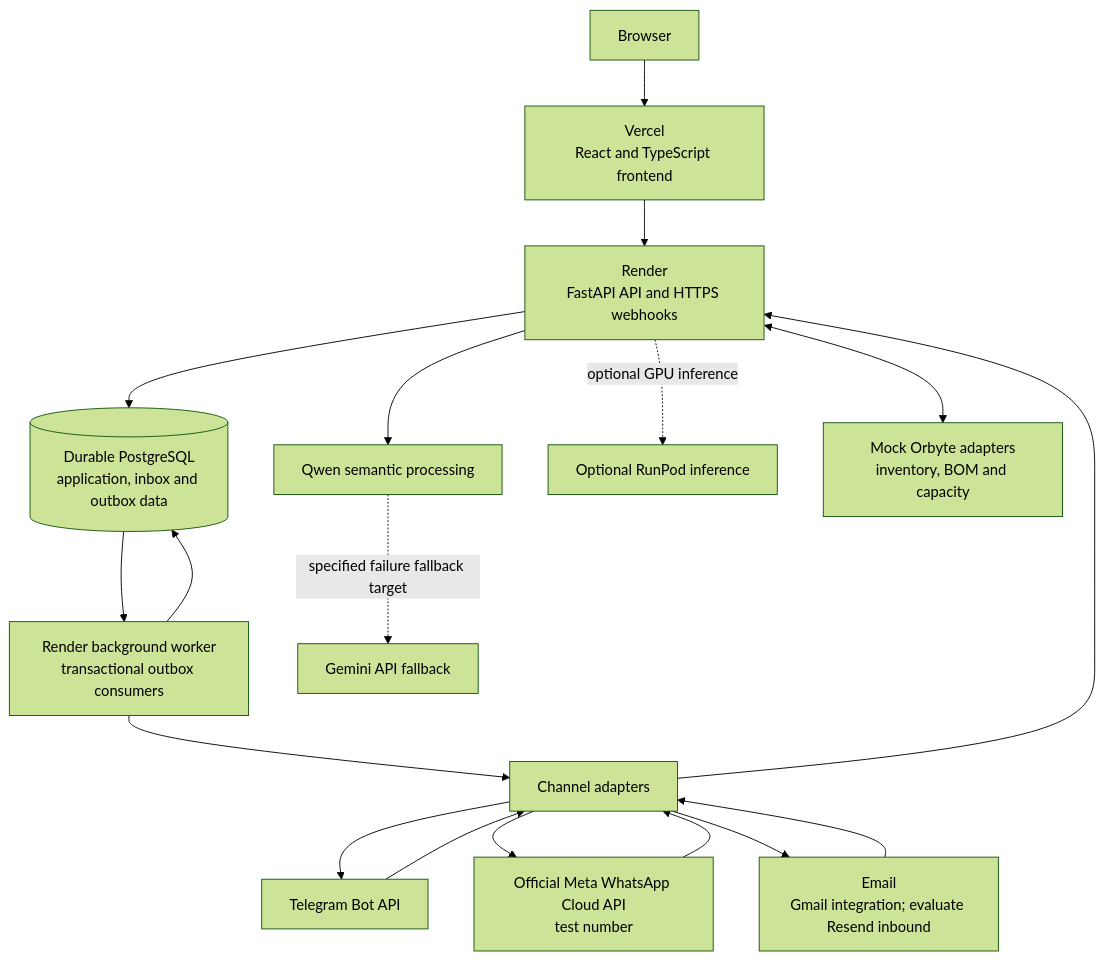
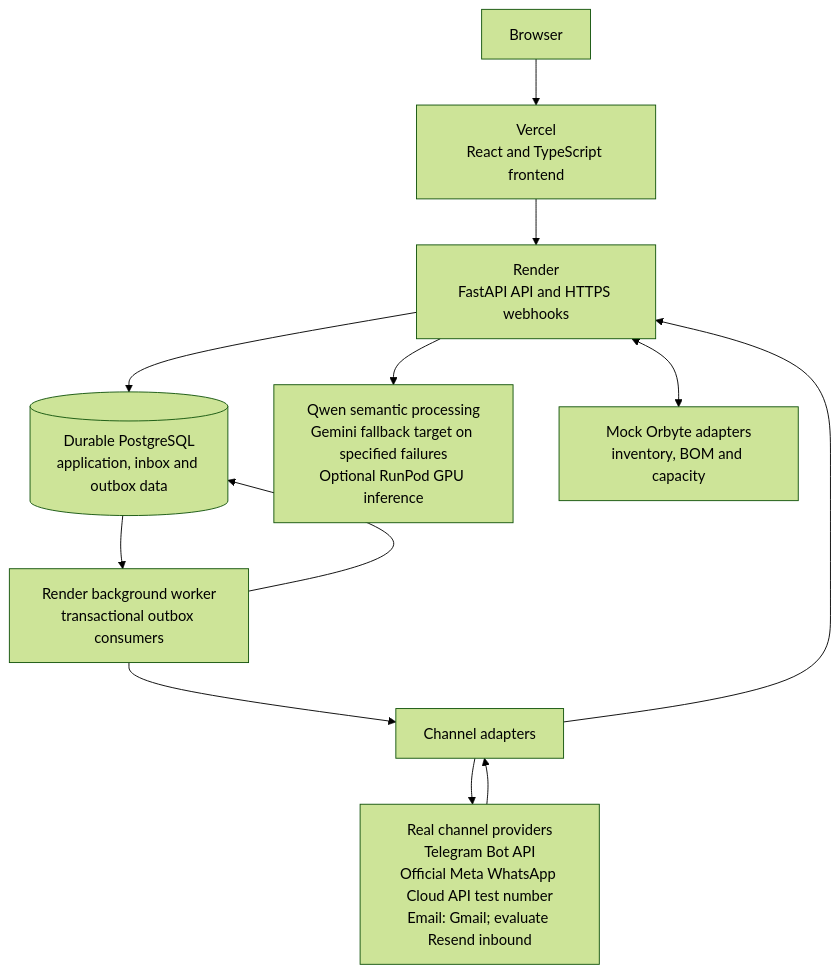
One commit to jiahui-1101/MouManTAI changed the eighth of 8 diagrams in README.md. Above: the diagram before and after it, drawn with Mermaid (forest theme).

Commit message:
docs: narrow deployment diagram for small screens

````diff
--- a/README.md
+++ b/README.md
@@ -934,22 +934,16 @@
 ```mermaid
 flowchart TB
     B["Browser"] --> V["Vercel<br/>React and TypeScript frontend"]
     V --> API["Render<br/>FastAPI API and HTTPS webhooks"]
     API --> DB[("Durable PostgreSQL<br/>application, inbox and outbox data")]
     DB --> WORK["Render background worker<br/>transactional outbox consumers"]
     WORK --> DB
 
-    TG["Telegram Bot API"] --> CH["Channel adapters"]
-    WA["Official Meta WhatsApp Cloud API<br/>test number"] --> CH
-    EMAIL["Email<br/>Gmail integration; evaluate Resend inbound"] --> CH
+    CHANNELS["Real channel providers<br/>Telegram Bot API<br/>Official Meta WhatsApp Cloud API test number<br/>Email: Gmail; evaluate Resend inbound"] --> CH["Channel adapters"]
+    CH --> CHANNELS
     CH --> API
     WORK --> CH
-    CH --> TG
-    CH --> WA
-    CH --> EMAIL
 
-    API --> QWEN["Qwen semantic processing"]
-    QWEN -. "specified failure fallback target" .-> GEM["Gemini API fallback"]
-    API -. "optional GPU inference" .-> RP["Optional RunPod inference"]
+    API --> AI["Qwen semantic processing<br/>Gemini fallback target on specified failures<br/>Optional RunPod GPU inference"]
     API <--> ORB["Mock Orbyte adapters<br/>inventory, BOM and capacity"]
 ```
````
